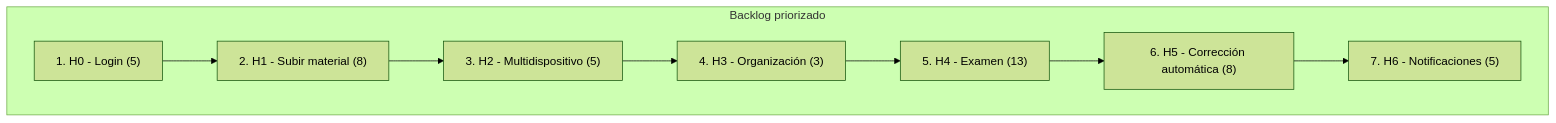
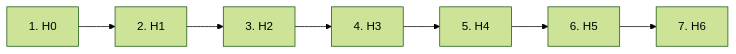
Before and after one commit to raulmoder2000-droid/CD_Tema2_Ejercicios: the third of 3 diagrams in 0105.md, drawn with Mermaid (forest theme). The commit also changed other lines of this file, not shown here.

````diff
--- a/0105.md
+++ b/0105.md
@@ -130,7 +114,4 @@
 ```mermaid
 flowchart LR
-    subgraph Backlog priorizado
-    direction LR
-    A["1. H0 - Login (5)"] --> B["2. H1 - Subir material (8)"] --> C["3. H2 - Multidispositivo (5)"] --> D["4. H3 - Organización (3)"] --> E["5. H4 - Examen (13)"] --> F["6. H5 - Corrección automática (8)"] --> G["7. H6 - Notificaciones (5)"]
-    end
+    A[1. H0] --> B[2. H1] --> C[3. H2] --> D[4. H3] --> E[5. H4] --> F[6. H5] --> G[7. H6]
 ```
````
